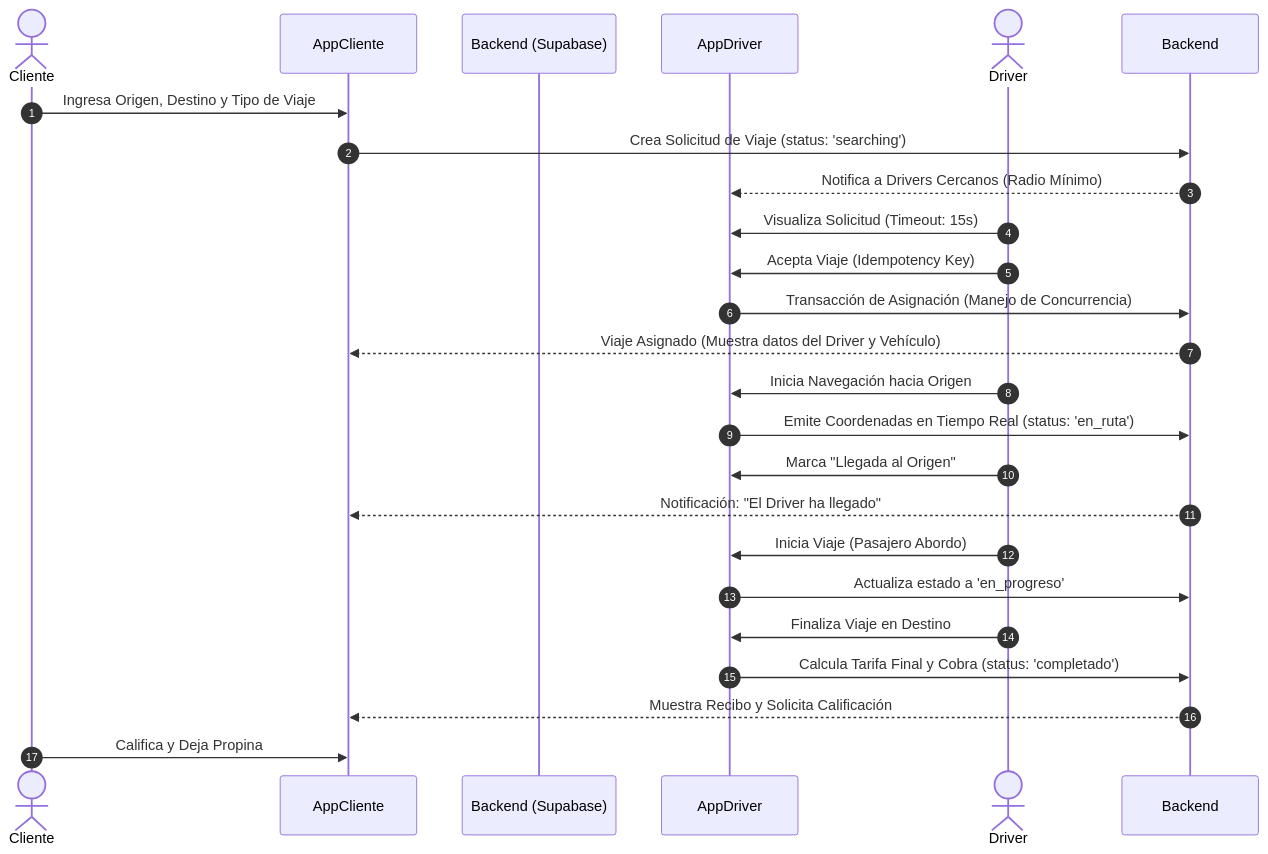
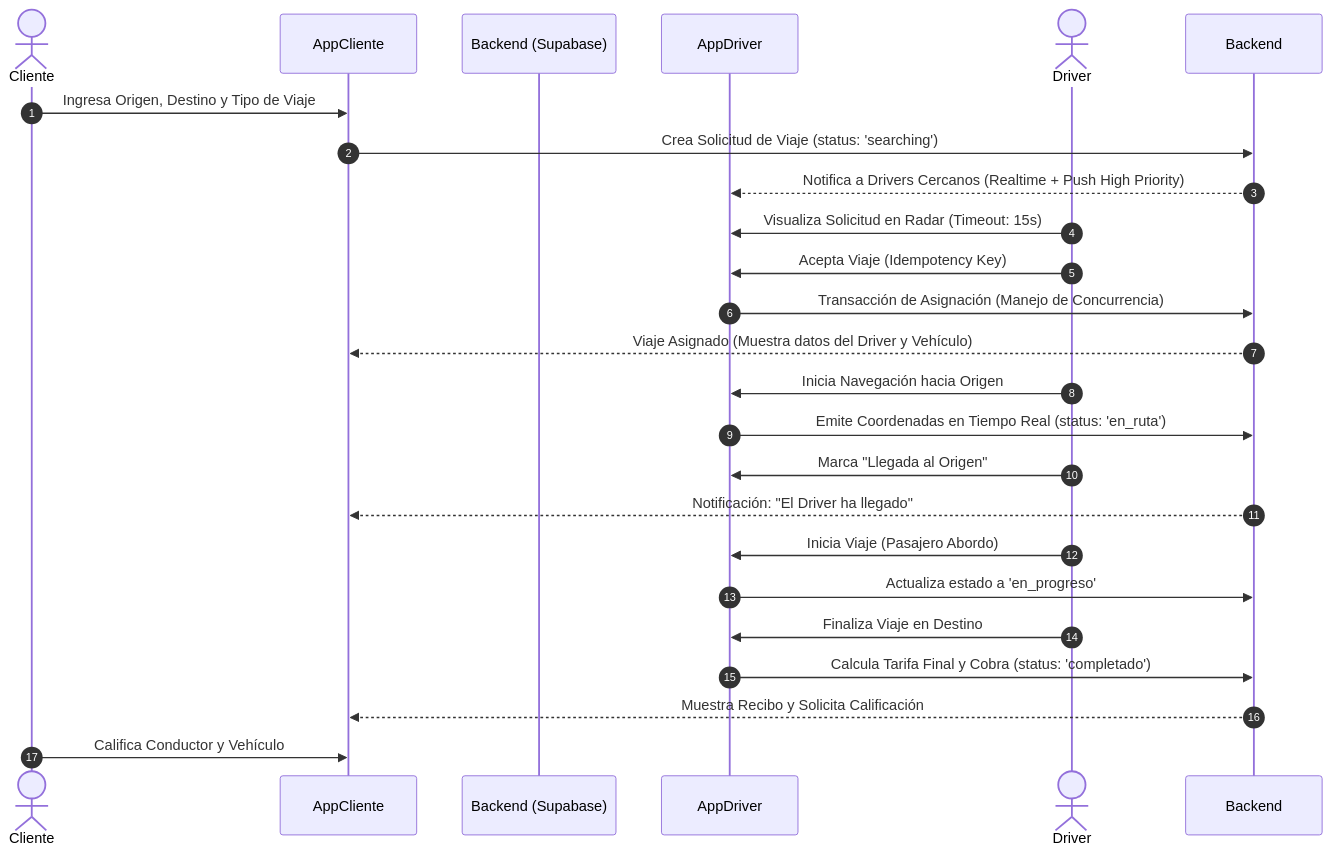
Before and after one commit to louisnaranjo1-CEO/ArepaExpress: the first of 3 diagrams in .agent/docs/SYSTEM_BLUEPRINT.md, drawn with Mermaid. The commit also changed other lines of this file and 13 other files, not shown here.

````diff
--- a/.agent/docs/SYSTEM_BLUEPRINT.md
+++ b/.agent/docs/SYSTEM_BLUEPRINT.md
@@ -8,27 +10,27 @@
 ```mermaid
 sequenceDiagram
     autonumber
     actor Cliente
     participant AppCliente
     participant Backend (Supabase)
     participant AppDriver
     actor Driver
 
     Cliente->>AppCliente: Ingresa Origen, Destino y Tipo de Viaje
     AppCliente->>Backend: Crea Solicitud de Viaje (status: 'searching')
-    Backend-->>AppDriver: Notifica a Drivers Cercanos (Radio Mínimo)
-    Driver->>AppDriver: Visualiza Solicitud (Timeout: 15s)
+    Backend-->>AppDriver: Notifica a Drivers Cercanos (Realtime + Push High Priority)
+    Driver->>AppDriver: Visualiza Solicitud en Radar (Timeout: 15s)
     Driver->>AppDriver: Acepta Viaje (Idempotency Key)
     AppDriver->>Backend: Transacción de Asignación (Manejo de Concurrencia)
     Backend-->>AppCliente: Viaje Asignado (Muestra datos del Driver y Vehículo)
     Driver->>AppDriver: Inicia Navegación hacia Origen
     AppDriver->>Backend: Emite Coordenadas en Tiempo Real (status: 'en_ruta')
     Driver->>AppDriver: Marca "Llegada al Origen"
     Backend-->>AppCliente: Notificación: "El Driver ha llegado"
     Driver->>AppDriver: Inicia Viaje (Pasajero Abordo)
     AppDriver->>Backend: Actualiza estado a 'en_progreso'
     Driver->>AppDriver: Finaliza Viaje en Destino
     AppDriver->>Backend: Calcula Tarifa Final y Cobra (status: 'completado')
     Backend-->>AppCliente: Muestra Recibo y Solicita Calificación
-    Cliente->>AppCliente: Califica y Deja Propina
+    Cliente->>AppCliente: Califica Conductor y Vehículo
 ```
````
